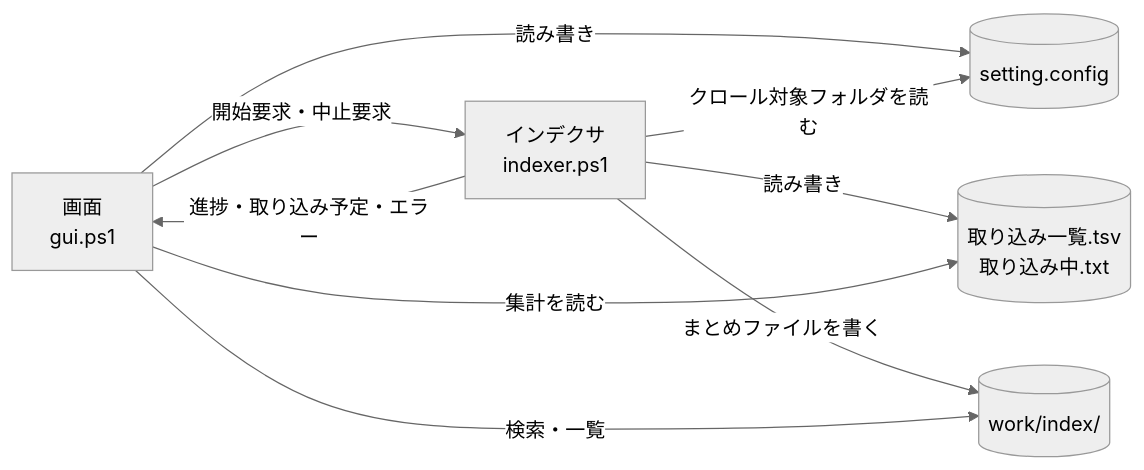
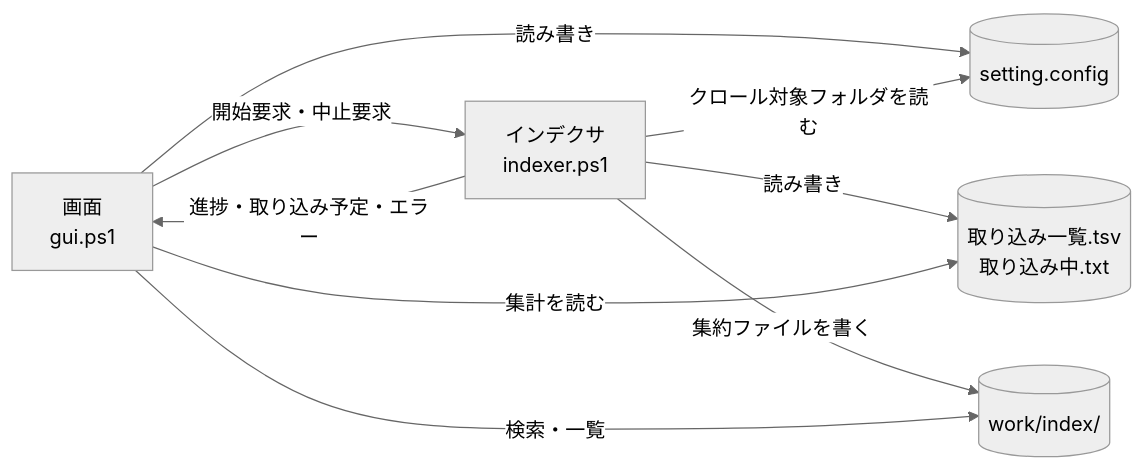
The first of 2 diagrams in docs/00_共通_1_フォルダ構成と設定ファイル.md (hsgwa/tebunko), drawn with Mermaid (neutral theme) before and after one commit. The commit also changed other lines of this file and 44 other files, not shown here.

````diff
--- a/docs/00_共通_1_フォルダ構成と設定ファイル.md
+++ b/docs/00_共通_1_フォルダ構成と設定ファイル.md
@@ -105,16 +105,16 @@
 ```mermaid
 flowchart LR
     CFG[("setting.config")]
     GUI["画面<br>gui.ps1"]
     IDX["インデクサ<br>indexer.ps1"]
     ST[("取り込み一覧.tsv<br>取り込み中.txt")]
     IX[("work/index/")]
     GUI -- 読み書き --> CFG
     IDX -- クロール対象フォルダを読む --> CFG
     IDX -- 進捗・取り込み予定・エラー --> GUI
     GUI -- 開始要求・中止要求 --> IDX
     IDX -- 読み書き --> ST
-    IDX -- まとめファイルを書く --> IX
+    IDX -- 集約ファイルを書く --> IX
     GUI -- 検索・一覧 --> IX
     GUI -- 集計を読む --> ST
 ```
````
